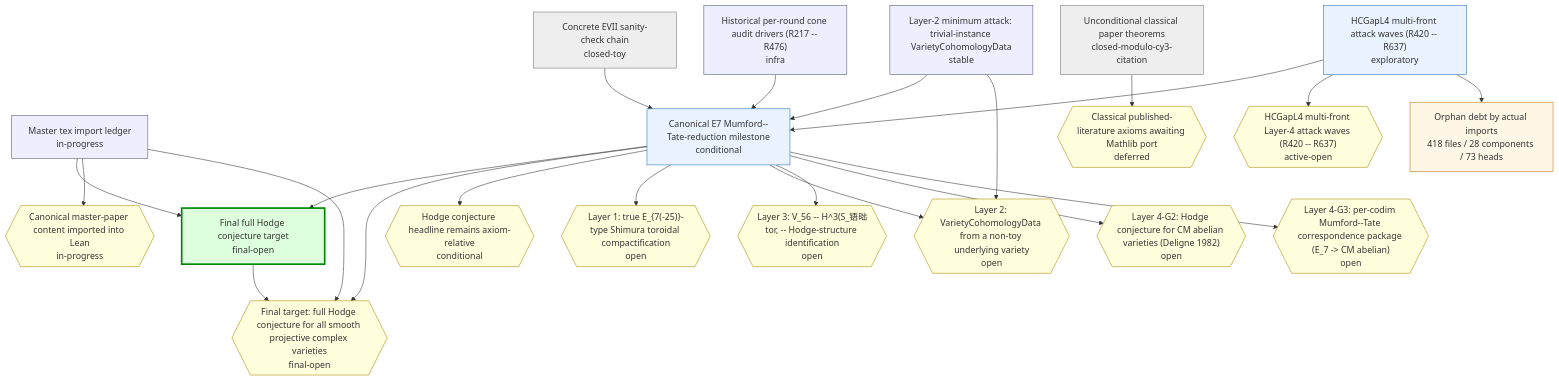
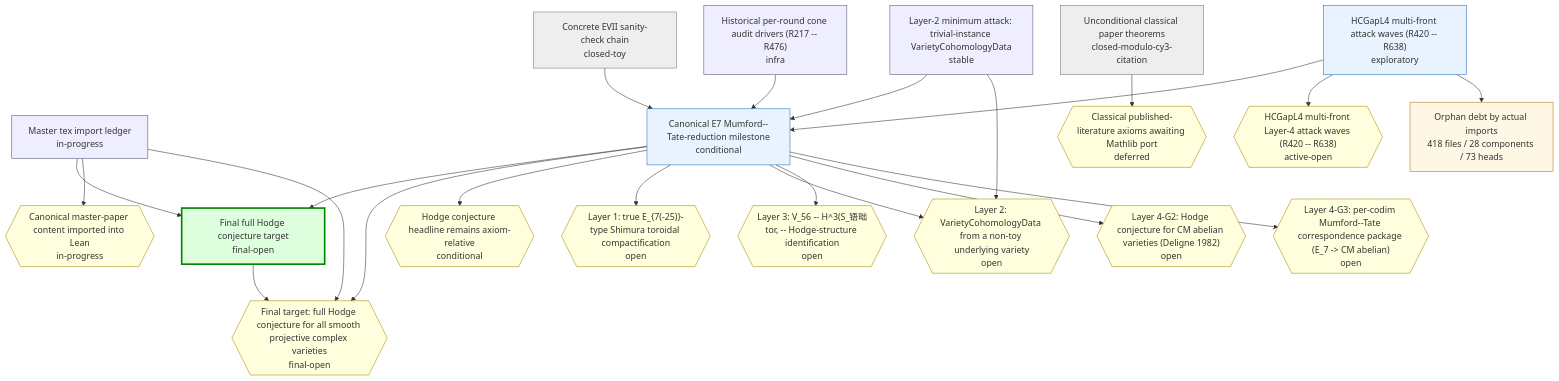
The first of 2 diagrams in chain-status/research-map.md (crabsatellite/hodge-conjecture-lean4-formalization), drawn with Mermaid before and after one commit. The commit also changed other lines of this file and 7 other files, not shown here.

````diff
--- a/chain-status/research-map.md
+++ b/chain-status/research-map.md
@@ -46,54 +46,54 @@
 ```mermaid
 graph TD
   classDef main fill:#dfd,stroke:#080,stroke-width:3px
   classDef active fill:#e8f3ff,stroke:#2670b8
   classDef support fill:#eef,stroke:#557
   classDef closed fill:#eee,stroke:#777
   classDef dead fill:#fdd,stroke:#a00,stroke-width:2px
   classDef gapOpen fill:#ffd,stroke:#a80
   classDef gapClosed fill:#eee,stroke:#777
   classDef gapDead fill:#fdd,stroke:#a00
   classDef debt fill:#fff7e6,stroke:#b87514
   classDef debtTaxonomy fill:#e8f3ff,stroke:#2670b8,stroke-dasharray:3 3
   classDef debtRule fill:#eefbea,stroke:#398439,stroke-dasharray:3 3
   classDef debtDead fill:#fdd,stroke:#a00,stroke-dasharray:3 3
   chain_full_hc_final_target["Final full Hodge conjecture target\nfinal-open"]:::main
   chain_master_paper_import_ledger["Master tex import ledger\nin-progress"]:::support
   chain_main_hc_axiom_relative["Canonical E7 Mumford--Tate-reduction milestone\nconditional"]:::active
   chain_unconditional_classical["Unconditional classical paper theorems\nclosed-modulo-cy3-citation"]:::closed
   chain_hcgap_l2_trivial_instances["Layer-2 minimum attack: trivial-instance VarietyCohomologyData\nstable"]:::support
-  chain_hcgap_l4_multifront_active["HCGapL4 multi-front attack waves (R420 -- R637)\nexploratory"]:::active
+  chain_hcgap_l4_multifront_active["HCGapL4 multi-front attack waves (R420 -- R638)\nexploratory"]:::active
   chain_concrete_evii_toy["Concrete EVII sanity-check chain\nclosed-toy"]:::closed
   chain_historical_cone_audits["Historical per-round cone audit drivers (R217 -- R476)\ninfra"]:::support
   gap_G_full_hc{{"Final target: full Hodge conjecture for all smooth projective complex varieties\nfinal-open"}}:::gapOpen
   gap_G_master_paper_import{{"Canonical master-paper content imported into Lean\nin-progress"}}:::gapOpen
   gap_G_main_hc{{"Hodge conjecture headline remains axiom-relative\nconditional"}}:::gapOpen
   gap_G_l1_e7_shimura_tor{{"Layer 1: true E_{7(-25)}-type Shimura toroidal compactification\nopen"}}:::gapOpen
   gap_G_l2_cohomology_construction{{"Layer 2: VarietyCohomologyData from a non-toy underlying variety\nopen"}}:::gapOpen
   gap_G_l3_v56_mt_identification{{"Layer 3: V_56 -- H^3(S_铻昢tor, -- Hodge-structure identification\nopen"}}:::gapOpen
   gap_G_l4_cm_abelian_hc{{"Layer 4-G2: Hodge conjecture for CM abelian varieties (Deligne 1982)\nopen"}}:::gapOpen
   gap_G_l4_mt_correspondence{{"Layer 4-G3: per-codim Mumford--Tate correspondence package (E_7 -> CM abelian)\nopen"}}:::gapOpen
   gap_G_classical_mathlib_port{{"Classical published-literature axioms awaiting Mathlib port\ndeferred"}}:::gapOpen
-  gap_G_hcgap_l4_multifront{{"HCGapL4 multi-front Layer-4 attack waves (R420 -- R637)\nactive-open"}}:::gapOpen
+  gap_G_hcgap_l4_multifront{{"HCGapL4 multi-front Layer-4 attack waves (R420 -- R638)\nactive-open"}}:::gapOpen
   chain_full_hc_final_target --> gap_G_full_hc
   chain_master_paper_import_ledger --> chain_full_hc_final_target
   chain_master_paper_import_ledger --> gap_G_master_paper_import
   chain_master_paper_import_ledger --> gap_G_full_hc
   chain_main_hc_axiom_relative --> chain_full_hc_final_target
   chain_main_hc_axiom_relative --> gap_G_full_hc
   chain_main_hc_axiom_relative --> gap_G_main_hc
   chain_main_hc_axiom_relative --> gap_G_l1_e7_shimura_tor
   chain_main_hc_axiom_relative --> gap_G_l2_cohomology_construction
   chain_main_hc_axiom_relative --> gap_G_l3_v56_mt_identification
   chain_main_hc_axiom_relative --> gap_G_l4_cm_abelian_hc
   chain_main_hc_axiom_relative --> gap_G_l4_mt_correspondence
   chain_unconditional_classical --> gap_G_classical_mathlib_port
   chain_hcgap_l2_trivial_instances --> chain_main_hc_axiom_relative
   chain_hcgap_l2_trivial_instances --> gap_G_l2_cohomology_construction
   chain_hcgap_l4_multifront_active --> chain_main_hc_axiom_relative
   chain_hcgap_l4_multifront_active --> gap_G_hcgap_l4_multifront
   chain_concrete_evii_toy --> chain_main_hc_axiom_relative
   chain_historical_cone_audits --> chain_main_hc_axiom_relative
   debt_all["Orphan debt by actual imports\n418 files / 28 components / 73 heads"]:::debt
   chain_hcgap_l4_multifront_active --> debt_all
 ```
````
